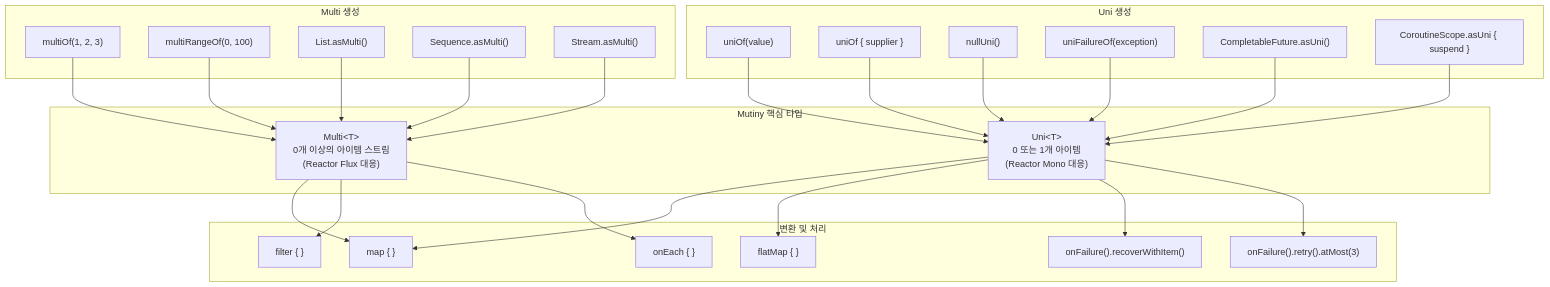
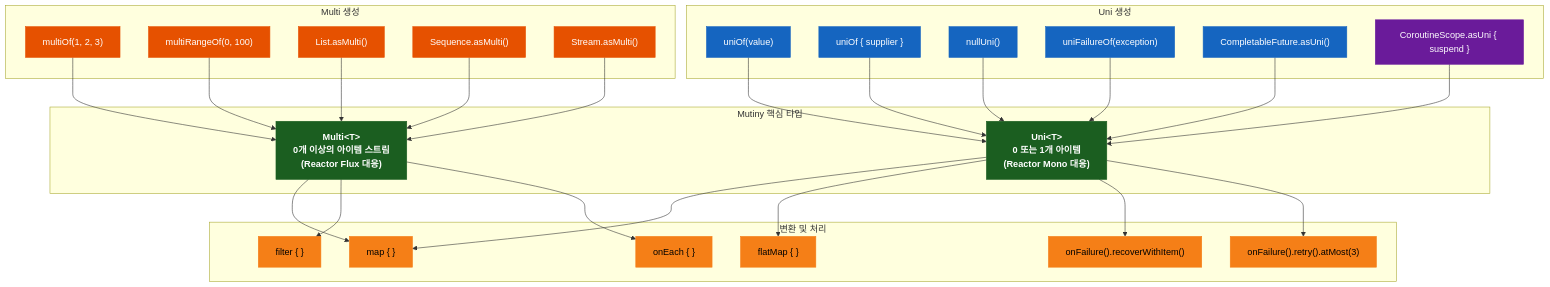
One commit to bluetape4k/bluetape4k-projects changed the second of 3 diagrams in utils/mutiny/README.ko.md. Above: the diagram before and after it, drawn with Mermaid. The commit also changed other lines of this file and 221 other files, not shown here.

First line of the commit message:
docs: 전체 모듈 README UML 다이어그램 보강 및 색상 업그레이드

````diff
--- a/utils/mutiny/README.ko.md
+++ b/utils/mutiny/README.ko.md
@@ -276,54 +281,66 @@
 ```mermaid
 flowchart TD
     subgraph Mutiny핵심타입["Mutiny 핵심 타입"]
         UNI["Uni&lt;T&gt;<br/>0 또는 1개 아이템<br/>(Reactor Mono 대응)"]
         MULTI["Multi&lt;T&gt;<br/>0개 이상의 아이템 스트림<br/>(Reactor Flux 대응)"]
     end
 
     subgraph Uni생성["Uni 생성"]
         UV["uniOf(value)"]
         US["uniOf { supplier }"]
         UN["nullUni()"]
         UF["uniFailureOf(exception)"]
         UCF["CompletableFuture.asUni()"]
         UCORO["CoroutineScope.asUni { suspend }"]
     end
 
     subgraph Multi생성["Multi 생성"]
         MV["multiOf(1, 2, 3)"]
         MR["multiRangeOf(0, 100)"]
         ML["List.asMulti()"]
         MS["Sequence.asMulti()"]
         MSTR["Stream.asMulti()"]
     end
 
     subgraph 변환및처리["변환 및 처리"]
         MAP["map { }"]
         FLT["filter { }"]
         FM["flatMap { }"]
         OE["onEach { }"]
         ERR["onFailure().recoverWithItem()"]
         RET["onFailure().retry().atMost(3)"]
     end
 
     UV --> UNI
     US --> UNI
     UN --> UNI
     UF --> UNI
     UCF --> UNI
     UCORO --> UNI
 
     MV --> MULTI
     MR --> MULTI
     ML --> MULTI
     MS --> MULTI
     MSTR --> MULTI
 
     UNI --> MAP
     UNI --> FM
     UNI --> ERR
     UNI --> RET
     MULTI --> MAP
     MULTI --> FLT
     MULTI --> OE
+
+    classDef coreStyle fill:#1B5E20,stroke:#1B5E20,color:#FFFFFF,font-weight:bold
+    classDef serviceStyle fill:#1565C0,stroke:#1565C0,color:#FFFFFF
+    classDef utilStyle fill:#E65100,stroke:#E65100,color:#FFFFFF
+    classDef asyncStyle fill:#6A1B9A,stroke:#6A1B9A,color:#FFFFFF
+    classDef dataStyle fill:#F57F17,stroke:#F57F17,color:#000000
+
+    class UNI,MULTI coreStyle
+    class UV,US,UN,UF,UCF serviceStyle
+    class UCORO asyncStyle
+    class MV,MR,ML,MS,MSTR utilStyle
+    class MAP,FLT,FM,OE,ERR,RET dataStyle
 ```
````
